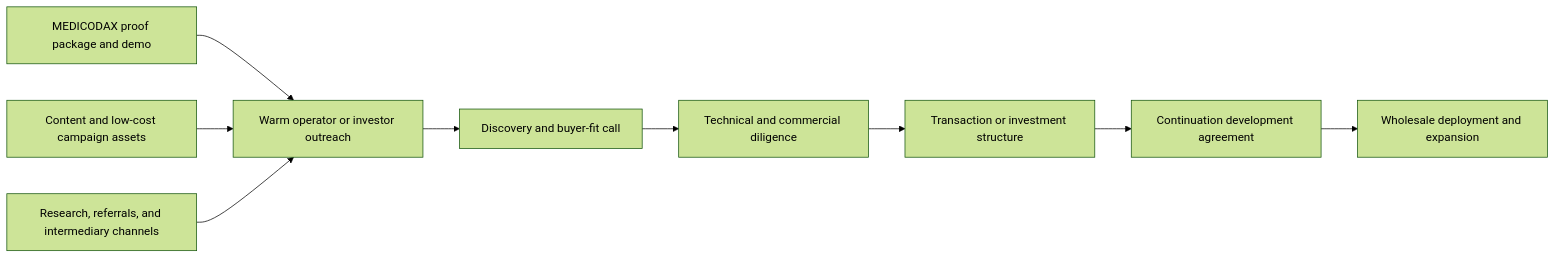
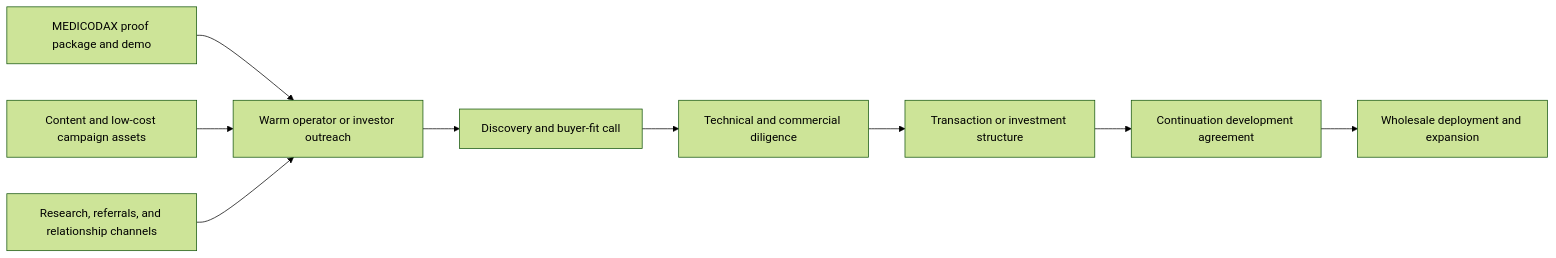
Before and after one commit to LSA-Digital/marketing: the first of 2 diagrams in docs/strategic-plan/medicodax/medicodax-wholesale-marketing-and-sales-plan.md, drawn with Mermaid (forest theme). The commit also changed other lines of this file and 27 other files, not shown here.

````diff
--- a/docs/strategic-plan/medicodax/medicodax-wholesale-marketing-and-sales-plan.md
+++ b/docs/strategic-plan/medicodax/medicodax-wholesale-marketing-and-sales-plan.md
@@ -78,12 +79,12 @@
 ```mermaid
 flowchart LR
     A[MEDICODAX proof package and demo] --> B[Warm operator or investor outreach]
     B --> C[Discovery and buyer-fit call]
     C --> D[Technical and commercial diligence]
     D --> E[Transaction or investment structure]
     E --> F[Continuation development agreement]
     F --> G[Wholesale deployment and expansion]
 
     H[Content and low-cost campaign assets] --> B
-    I[Research, referrals, and intermediary channels] --> B
+    I[Research, referrals, and relationship channels] --> B
 ```
````
